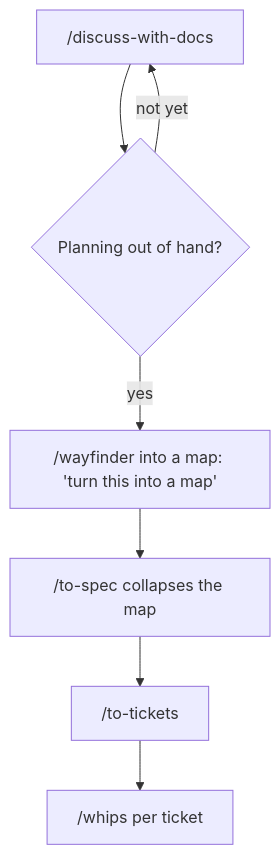
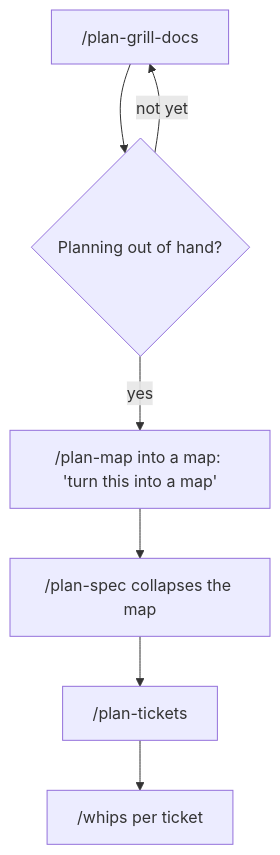
Before and after one commit to TudeOrangBiasa/skills-for-agents: the fourth of 10 diagrams in skills/user-invoked/guide/COOKBOOK.md, drawn with Mermaid. The commit also changed other lines of this file and 441 other files, not shown here.

````diff
--- a/skills/user-invoked/guide/COOKBOOK.md
+++ b/skills/user-invoked/guide/COOKBOOK.md
@@ -66,7 +66,7 @@
 ```mermaid
 flowchart TD
-    D["/discuss-with-docs"] --> Q{"Planning out of hand?"}
+    D["/plan-grill-docs"] --> Q{"Planning out of hand?"}
     Q -->|"not yet"| D
-    Q -->|yes| W["/wayfinder into a map: 'turn this into a map'"]
-    W --> S["/to-spec collapses the map"] --> T["/to-tickets"] --> W2["/whips per ticket"]
+    Q -->|yes| W["/plan-map into a map: 'turn this into a map'"]
+    W --> S["/plan-spec collapses the map"] --> T["/plan-tickets"] --> W2["/whips per ticket"]
 ```
````
